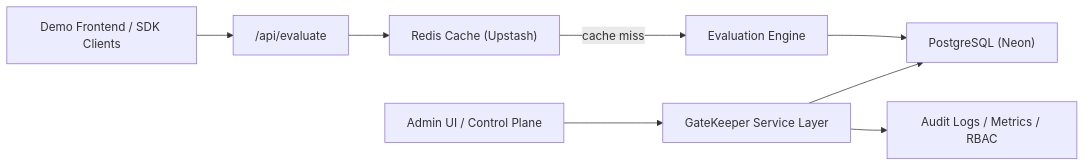
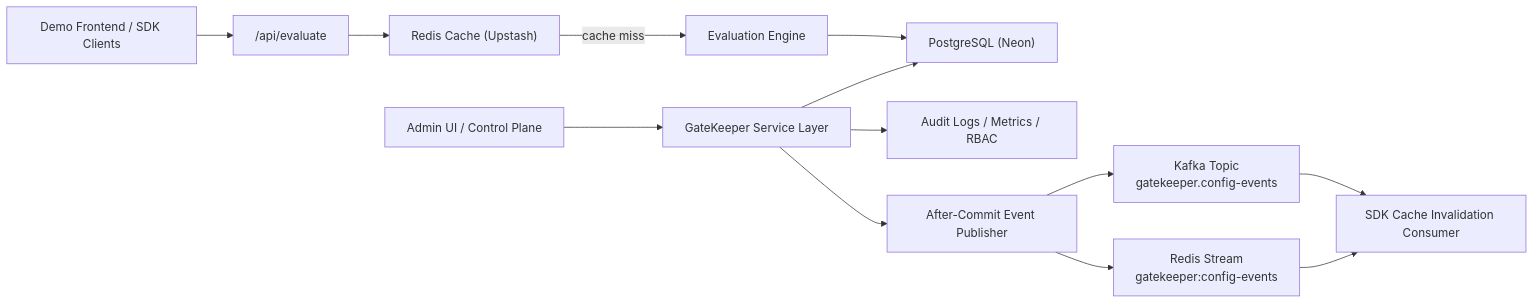
The second of 2 diagrams in README.md (Varun1300211/gatekeeper), drawn with Mermaid before and after one commit. The commit also changed other lines of this file and 20 other files, not shown here.

````diff
--- a/README.md
+++ b/README.md
@@ -58,10 +62,15 @@
 ```mermaid
 flowchart LR
     A["Admin UI / Control Plane"] --> B["GateKeeper Service Layer"]
     F["Demo Frontend / SDK Clients"] --> C["/api/evaluate"]
     C --> D["Redis Cache (Upstash)"]
     D -->|cache miss| E["Evaluation Engine"]
     E --> G["PostgreSQL (Neon)"]
     B --> G
     B --> H["Audit Logs / Metrics / RBAC"]
+    B --> I["After-Commit Event Publisher"]
+    I --> J["Kafka Topic<br/>gatekeeper.config-events"]
+    I --> L["Redis Stream<br/>gatekeeper:config-events"]
+    J --> K["SDK Cache Invalidation Consumer"]
+    L --> K
 ```
````
